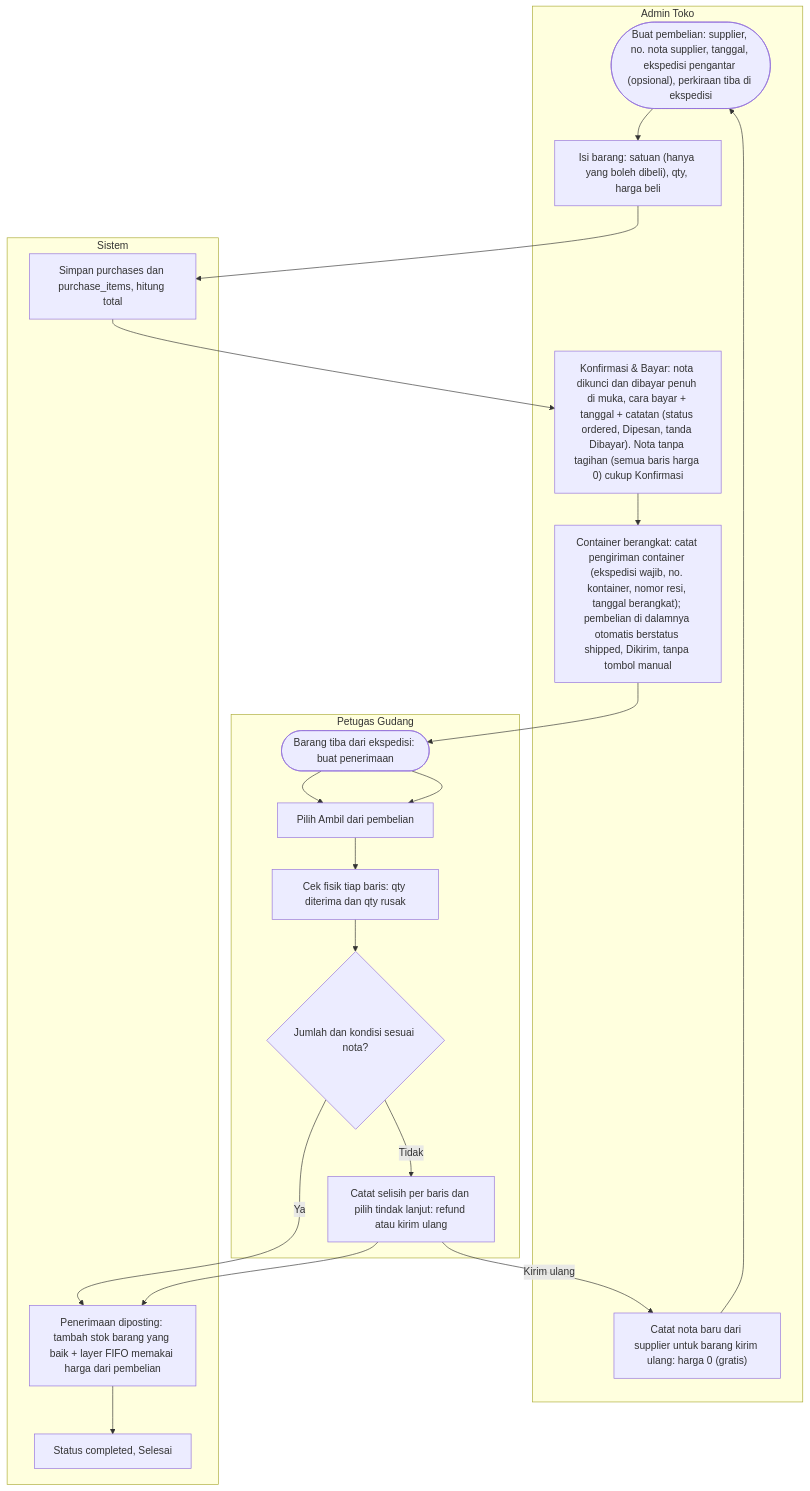
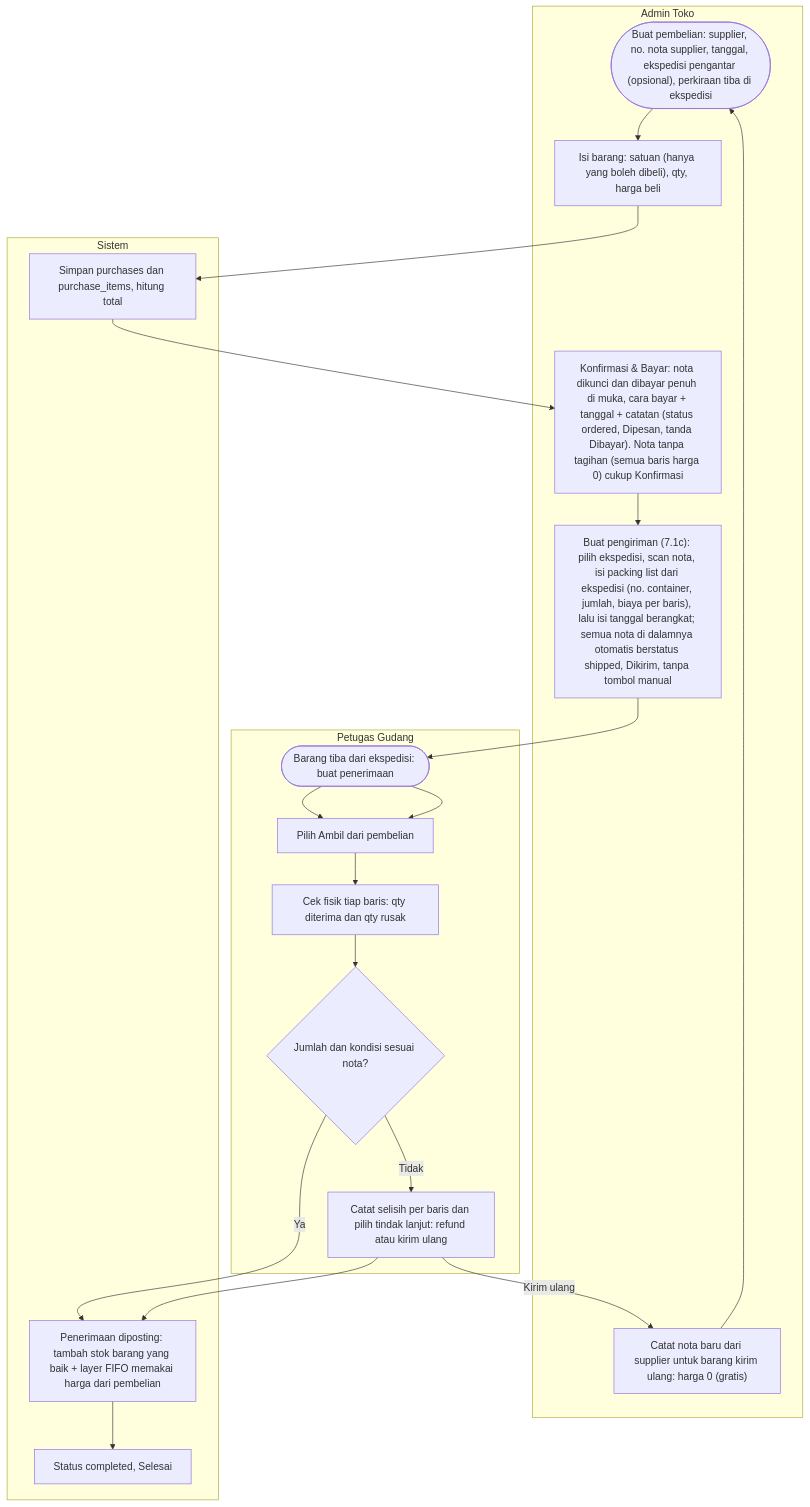
Diagram 13 of 30 in docs/analisis-sistem.md (aliefpraditya/store-management), drawn with Mermaid before and after one commit. The commit also changed other lines of this file and 35 other files, not shown here.

````diff
--- a/docs/analisis-sistem.md
+++ b/docs/analisis-sistem.md
@@ -762,27 +762,27 @@
 ```mermaid
 flowchart TD
     subgraph ADM["Admin Toko"]
         A1(["Buat pembelian: supplier, no. nota supplier, tanggal, ekspedisi pengantar (opsional), perkiraan tiba di ekspedisi"]) --> A2["Isi barang: satuan (hanya yang boleh dibeli), qty, harga beli"]
         A3["Konfirmasi & Bayar: nota dikunci dan dibayar penuh di muka, cara bayar + tanggal + catatan (status ordered, Dipesan, tanda Dibayar). Nota tanpa tagihan (semua baris harga 0) cukup Konfirmasi"]
-        A4["Container berangkat: catat pengiriman container (ekspedisi wajib, no. kontainer, nomor resi, tanggal berangkat); pembelian di dalamnya otomatis berstatus shipped, Dikirim, tanpa tombol manual"]
+        A4["Buat pengiriman (7.1c): pilih ekspedisi, scan nota, isi packing list dari ekspedisi (no. container, jumlah, biaya per baris), lalu isi tanggal berangkat; semua nota di dalamnya otomatis berstatus shipped, Dikirim, tanpa tombol manual"]
         A9["Catat nota baru dari supplier untuk barang kirim ulang: harga 0 (gratis)"]
     end
     subgraph GD["Petugas Gudang"]
         G1(["Barang tiba dari ekspedisi: buat penerimaan"]) --> G2["Pilih Ambil dari pembelian"]
         G3["Cek fisik tiap baris: qty diterima dan qty rusak"]
         G4{"Jumlah dan kondisi sesuai nota?"}
         G5["Catat selisih per baris dan pilih tindak lanjut: refund atau kirim ulang"]
     end
     subgraph SYS["Sistem"]
         S1["Simpan purchases dan purchase_items, hitung total"]
         S2["Penerimaan diposting: tambah stok barang yang baik + layer FIFO memakai harga dari pembelian"]
         S3["Status completed, Selesai"]
     end
     A2 --> S1 --> A3
     A3 --> A4 --> G1
     G1 --> G2 --> G3 --> G4
     G4 -->|"Ya"| S2
     G4 -->|"Tidak"| G5 --> S2
     S2 --> S3
     G5 -->|"Kirim ulang"| A9 --> A1
 ```
````
